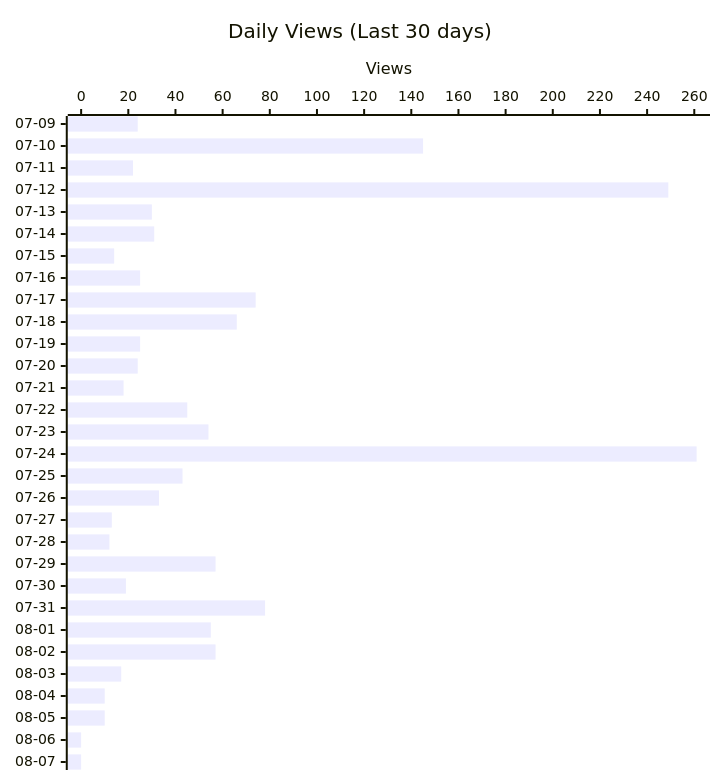
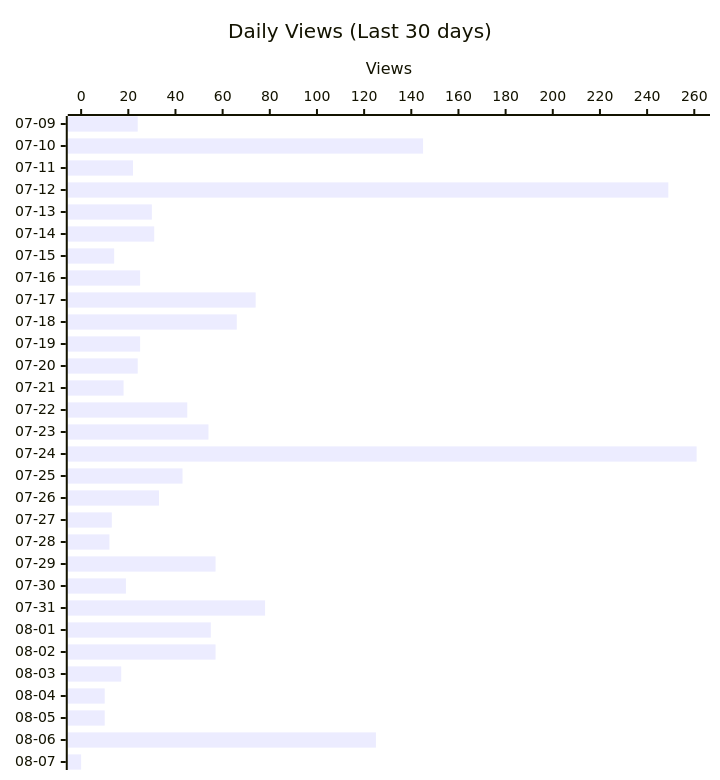
The second of 4 diagrams in README.md (shigechika/github-insights), drawn with Mermaid before and after one commit. The commit also changed other lines of this file and 2 other files, not shown here.

````diff
--- a/README.md
+++ b/README.md
@@ -28,12 +28,12 @@
 ```mermaid
 ---
 config:
   xyChart:
     height: 760
 ---
 xychart-beta horizontal
     title "Daily Views (Last 30 days)"
     x-axis ["07-09", "07-10", "07-11", "07-12", "07-13", "07-14", "07-15", "07-16", "07-17", "07-18", "07-19", "07-20", "07-21", "07-22", "07-23", "07-24", "07-25", "07-26", "07-27", "07-28", "07-29", "07-30", "07-31", "08-01", "08-02", "08-03", "08-04", "08-05", "08-06", "08-07"]
     y-axis "Views"
-    bar [24, 145, 22, 249, 30, 31, 14, 25, 74, 66, 25, 24, 18, 45, 54, 261, 43, 33, 13, 12, 57, 19, 78, 55, 57, 17, 10, 10, 0, 0]
+    bar [24, 145, 22, 249, 30, 31, 14, 25, 74, 66, 25, 24, 18, 45, 54, 261, 43, 33, 13, 12, 57, 19, 78, 55, 57, 17, 10, 10, 125, 0]
 ```
````
